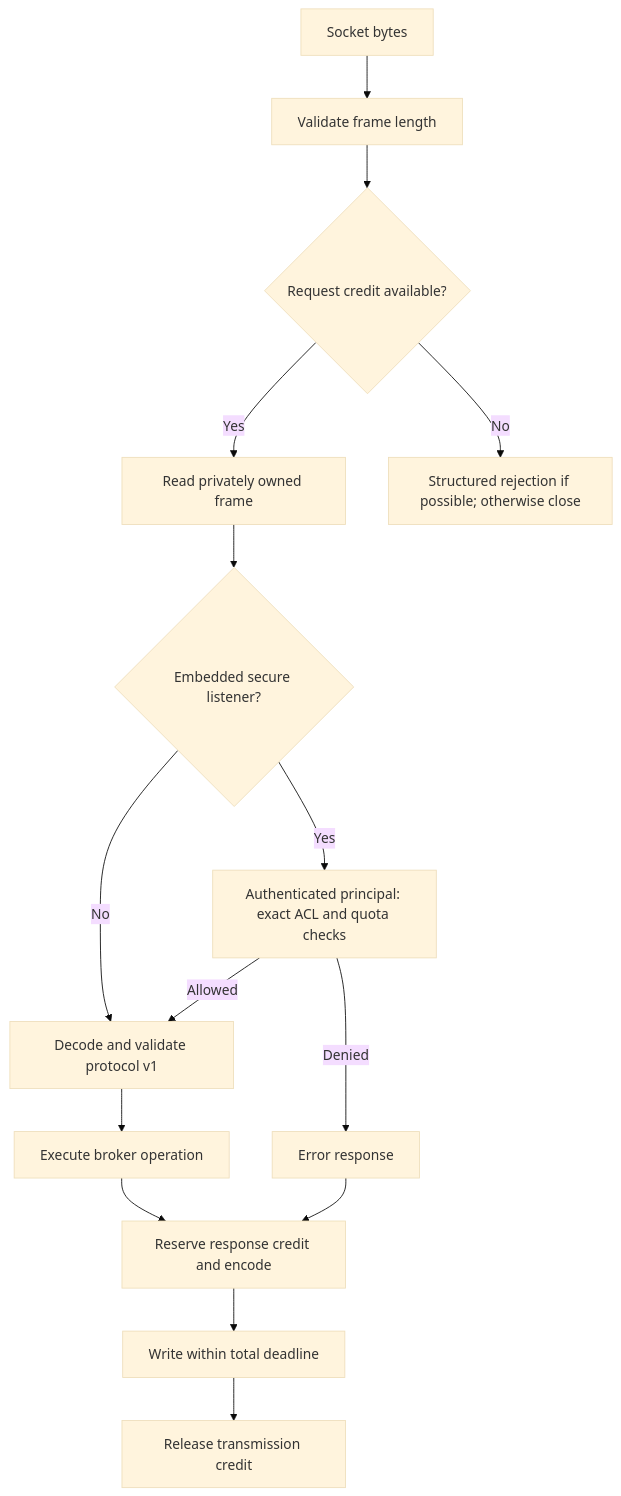
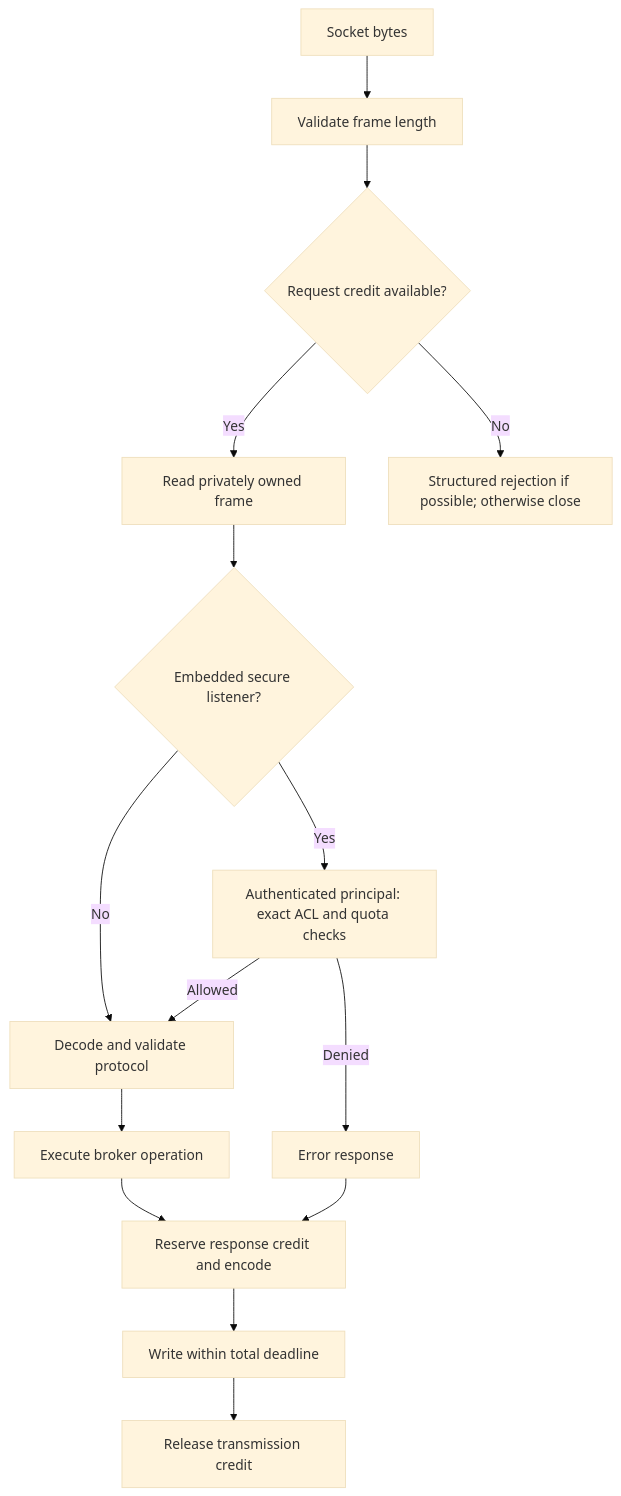
The second of 4 diagrams in docs/architecture.md (RishabhRathi-Dev/Setu), drawn with Mermaid (base theme) before and after one commit. The commit also changed other lines of this file and 76 other files, not shown here.

````diff
--- a/docs/architecture.md
+++ b/docs/architecture.md
@@ -40,17 +40,17 @@
 ```mermaid
 flowchart TD
     socket[Socket bytes] --> length[Validate frame length]
     length --> admission{Request credit available?}
     admission -->|Yes| frame[Read privately owned frame]
     admission -->|No| reject[Structured rejection if possible; otherwise close]
     frame --> policy{Embedded secure listener?}
     policy -->|Yes| acl[Authenticated principal: exact ACL and quota checks]
-    policy -->|No| decode[Decode and validate protocol v1]
+    policy -->|No| decode[Decode and validate protocol]
     acl -->|Allowed| decode
     acl -->|Denied| error[Error response]
     decode --> broker[Execute broker operation]
     broker --> response[Reserve response credit and encode]
     error --> response
     response --> write[Write within total deadline]
     write --> release[Release transmission credit]
 ```
````
